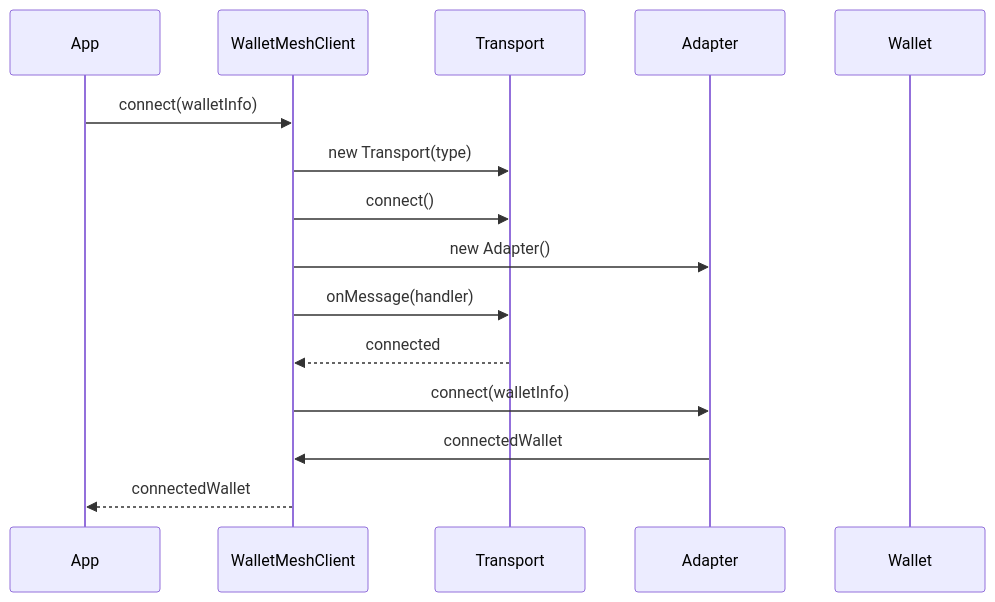
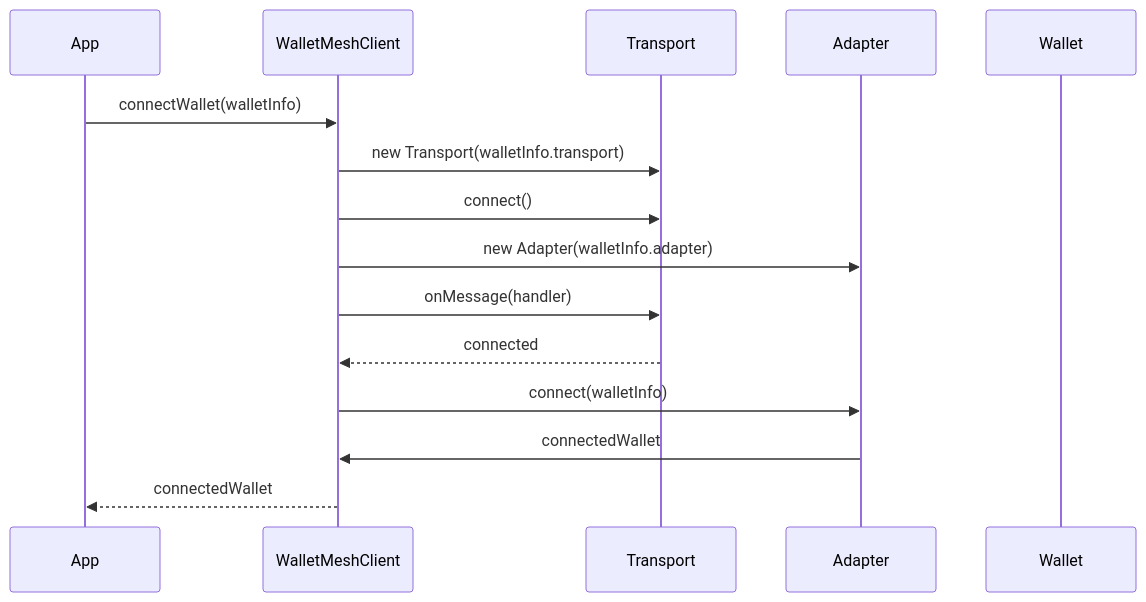
One commit to WalletMesh/walletmesh-packages changed the first of 3 diagrams in core/modal/README.md. Above: the diagram before and after it, drawn with Mermaid. The commit also changed other lines of this file and 2 other files, not shown here.

Commit message:
Refactor for updated WalletInfo interface

````diff
--- a/core/modal/README.md
+++ b/core/modal/README.md
@@ -47,18 +68,18 @@
 ```mermaid
 sequenceDiagram
     participant App
     participant WalletMeshClient
     participant Transport
     participant Adapter
     participant Wallet
 
-    App->>WalletMeshClient: connect(walletInfo)
-    WalletMeshClient->>Transport: new Transport(type)
+    App->>WalletMeshClient: connectWallet(walletInfo)
+    WalletMeshClient->>Transport: new Transport(walletInfo.transport)
     WalletMeshClient->>Transport: connect()
-    WalletMeshClient->>Adapter: new Adapter()
+    WalletMeshClient->>Adapter: new Adapter(walletInfo.adapter)
     WalletMeshClient->>Transport: onMessage(handler)
     Transport-->>WalletMeshClient: connected
     WalletMeshClient->>Adapter: connect(walletInfo)
     Adapter->>WalletMeshClient: connectedWallet
     WalletMeshClient-->>App: connectedWallet
 ```
````
